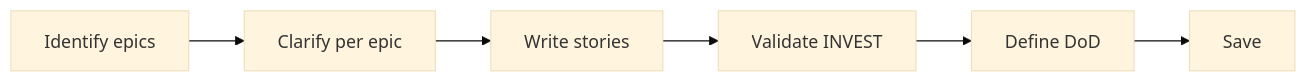
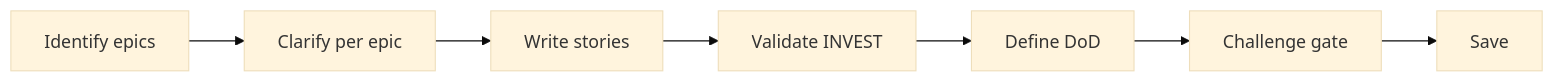
Before and after one commit to ai-driven-dev/framework: the diagram in skills/pm-user-stories/SKILL.md, drawn with Mermaid (base theme). The commit also changed other lines of this file and 22 other files, not shown here.

````diff
--- a/skills/pm-user-stories/SKILL.md
+++ b/skills/pm-user-stories/SKILL.md
@@ -58,4 +59,4 @@
 ```mermaid
 flowchart LR
-    A[Identify epics] --> B[Clarify per epic] --> C[Write stories] --> D[Validate INVEST] --> E[Define DoD] --> F[Save]
+    A[Identify epics] --> B[Clarify per epic] --> C[Write stories] --> D[Validate INVEST] --> E[Define DoD] --> F[Challenge gate] --> G[Save]
 ```
````
